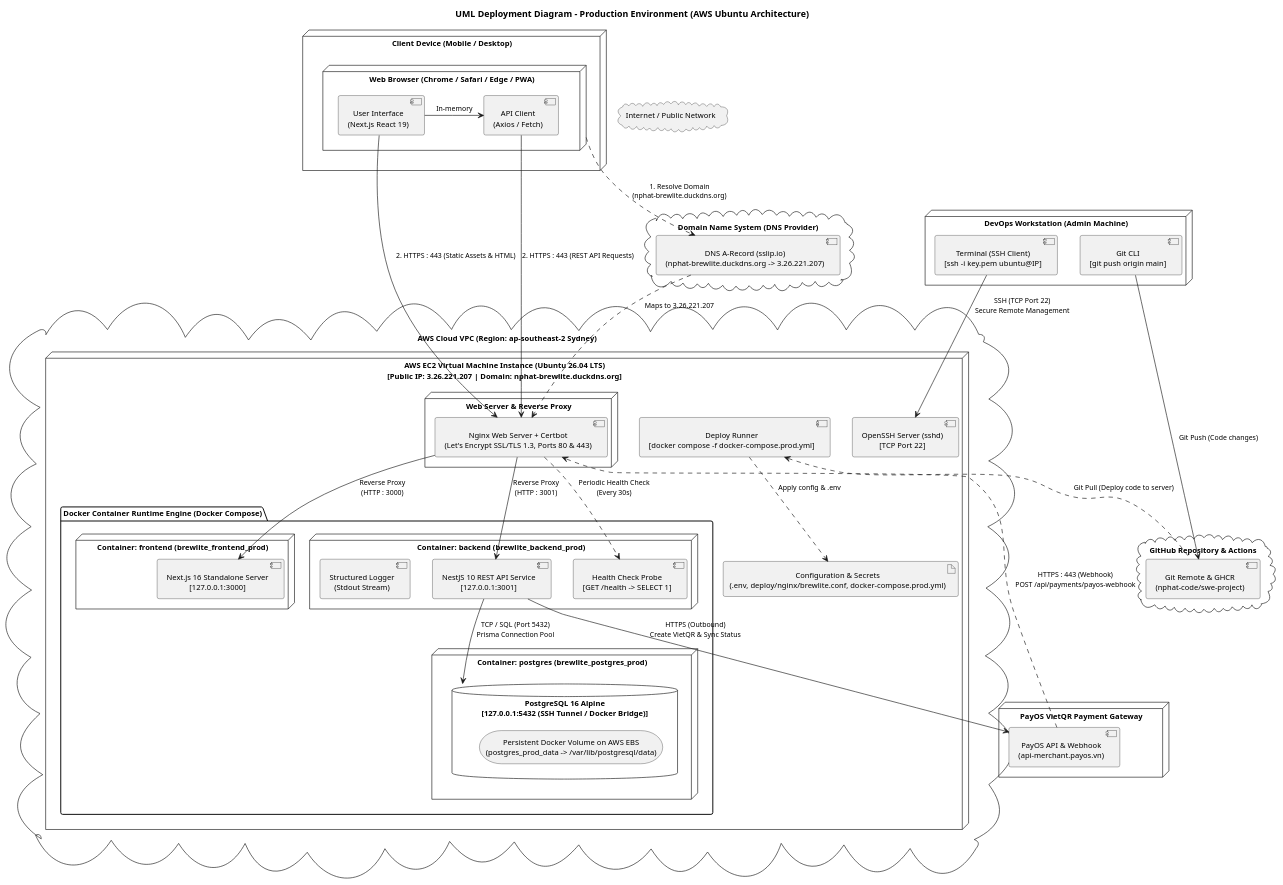
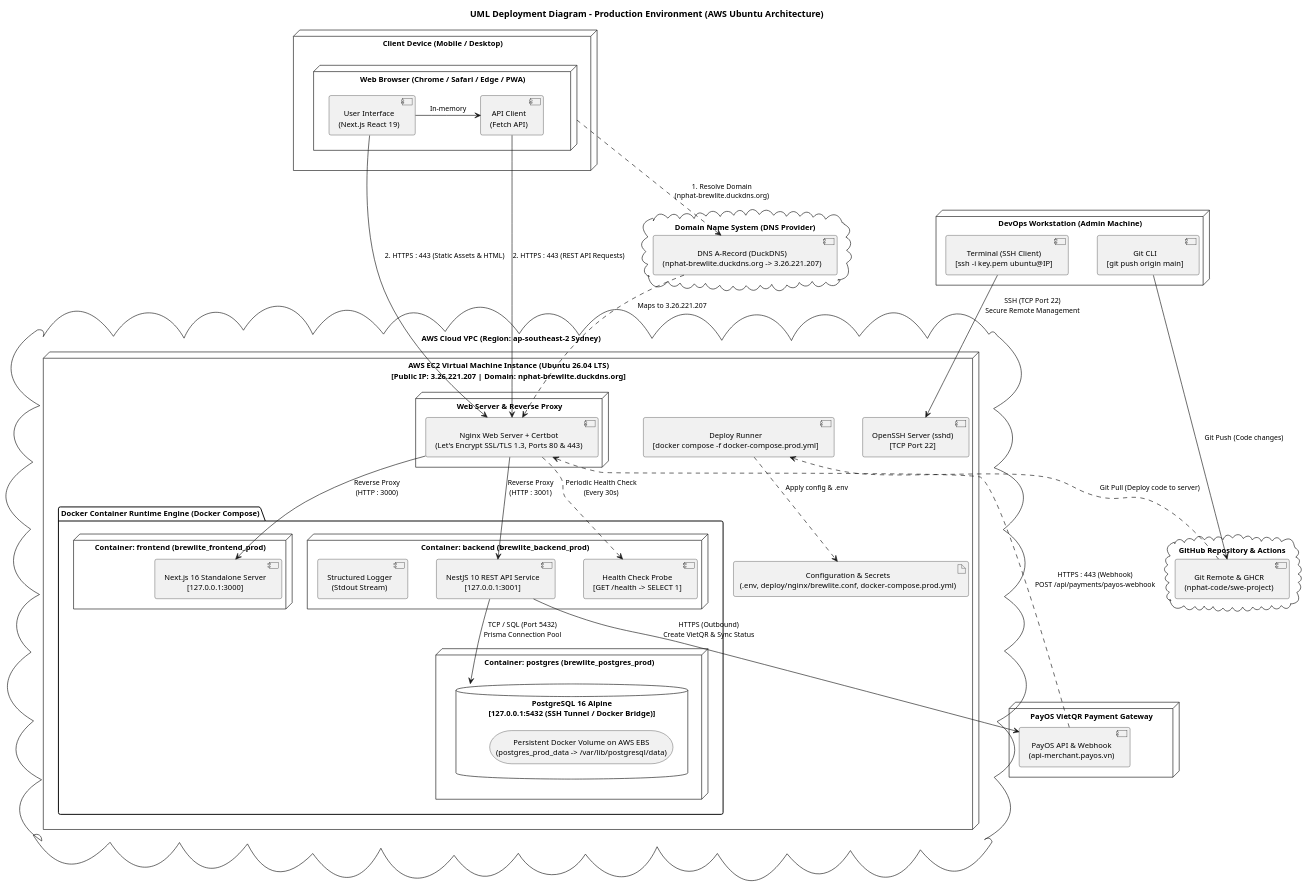
Before and after one commit to nphat-code/swe-project: the diagram in docs/diagrams/deployment/deployment-diagram.puml, drawn with PlantUML. The commit also changed 2 other files, not shown here.

Commit message:
docs(deployment): fix DuckDNS label, Fetch API label, spacing, and remove unused cloud node

```diff
--- a/docs/diagrams/deployment/deployment-diagram.puml
+++ b/docs/diagrams/deployment/deployment-diagram.puml
@@ -1,107 +1,107 @@
 @startuml deployment-diagram
 title UML Deployment Diagram - Production Environment (AWS Ubuntu Architecture)
 
 skinparam monochrome true
 skinparam shadowing false
 skinparam roundCorner 6
 skinparam defaultTextAlignment center
 skinparam defaultFontSize 12
 skinparam ArrowFontSize 11
+skinparam nodesep 45
+skinparam ranksep 50
 
 ' ====================================================
 ' 1. CLIENT TIER & DEVOPS
 ' ====================================================
 node "Client Device (Mobile / Desktop)" as clientDevice {
   node "Web Browser (Chrome / Safari / Edge / PWA)" as browser {
     component "User Interface\n(Next.js React 19)" as ui
-    component "API Client\n(Axios / Fetch)" as apiClient
+    component "API Client\n(Fetch API)" as apiClient
     ui -> apiClient : In-memory
   }
 }
 
 node "DevOps Workstation (Admin Machine)" as devopsNode {
   component "Terminal (SSH Client)\n[ssh -i key.pem ubuntu@IP]" as sshClient
   component "Git CLI\n[git push origin main]" as gitClient
 }
 
 ' ====================================================
 ' 2. EXTERNAL CLOUD SERVICES & NETWORK
 ' ====================================================
-cloud "Internet / Public Network" as internet
-
 cloud "Domain Name System (DNS Provider)" as dnsCloud {
-  component "DNS A-Record (sslip.io)\n(nphat-brewlite.duckdns.org -> 3.26.221.207)" as dnsRecord
+  component "DNS A-Record (DuckDNS)\n(nphat-brewlite.duckdns.org -> 3.26.221.207)" as dnsRecord
 }
 
 cloud "GitHub Repository & Actions" as githubCloud {
   component "Git Remote & GHCR\n(nphat-code/swe-project)" as gitRemote
 }
 
 node "PayOS VietQR Payment Gateway" as paymentService {
   component "PayOS API & Webhook\n(api-merchant.payos.vn)" as payosGateway
 }
 
 ' ====================================================
 ' 3. AWS CLOUD INFRASTRUCTURE (UBUNTU SERVER)
 ' ====================================================
 cloud "AWS Cloud VPC (Region: ap-southeast-2 Sydney)" as awsCloud {
 
   node "AWS EC2 Virtual Machine Instance (Ubuntu 26.04 LTS)\n[Public IP: 3.26.221.207 | Domain: nphat-brewlite.duckdns.org]" as ec2Instance {
     
     component "OpenSSH Server (sshd)\n[TCP Port 22]" as sshd
     component "Deploy Runner\n[docker compose -f docker-compose.prod.yml]" as gitPull
     artifact "Configuration & Secrets\n(.env, deploy/nginx/brewlite.conf, docker-compose.prod.yml)" as appConfig
 
     node "Web Server & Reverse Proxy" as nginxNode {
       component "Nginx Web Server + Certbot\n(Let's Encrypt SSL/TLS 1.3, Ports 80 & 443)" as nginx
     }
 
     package "Docker Container Runtime Engine (Docker Compose)" as dockerEngine {
       
       node "Container: frontend (brewlite_frontend_prod)" as webContainer {
         component "Next.js 16 Standalone Server\n[127.0.0.1:3000]" as nextjsApp
       }
 
       node "Container: backend (brewlite_backend_prod)" as apiContainer {
         component "NestJS 10 REST API Service\n[127.0.0.1:3001]" as nestjsApp
         component "Health Check Probe\n[GET /health -> SELECT 1]" as healthProbe
         component "Structured Logger\n(Stdout Stream)" as logger
       }
 
       node "Container: postgres (brewlite_postgres_prod)" as dbContainer {
         database "PostgreSQL 16 Alpine\n[127.0.0.1:5432 (SSH Tunnel / Docker Bridge)]" as pgEngine {
           storage "Persistent Docker Volume on AWS EBS\n(postgres_prod_data -> /var/lib/postgresql/data)" as ebsVolume
         }
       }
     }
   }
 }
 
 ' ====================================================
 ' 4. CONNECTORS & PROTOCOLS
 ' ====================================================
 ' DNS resolution
 browser ..> dnsRecord : 1. Resolve Domain\n(nphat-brewlite.duckdns.org)
 dnsRecord ..> nginx : Maps to 3.26.221.207
 
 ' User traffic to Nginx
 ui --> nginx : 2. HTTPS : 443 (Static Assets & HTML)
 apiClient --> nginx : 2. HTTPS : 443 (REST API Requests)
 
 ' DevOps connections
 gitClient --> gitRemote : Git Push (Code changes)
 gitPull <.. gitRemote : Git Pull (Deploy code to server)
 gitPull ..> appConfig : Apply config & .env
 sshClient --> sshd : SSH (TCP Port 22)\nSecure Remote Management
 
 ' Nginx Reverse Proxy routing
 nginx --> nextjsApp : Reverse Proxy\n(HTTP : 3000)
 nginx --> nestjsApp : Reverse Proxy\n(HTTP : 3001)
 nginx ..> healthProbe : Periodic Health Check\n(Every 30s)
 
 ' Database & External API
 nestjsApp --> pgEngine : TCP / SQL (Port 5432)\nPrisma Connection Pool
 nestjsApp --> payosGateway : HTTPS (Outbound)\nCreate VietQR & Sync Status
 payosGateway ..> nginx : HTTPS : 443 (Webhook)\nPOST /api/payments/payos-webhook
 
 @enduml
```
